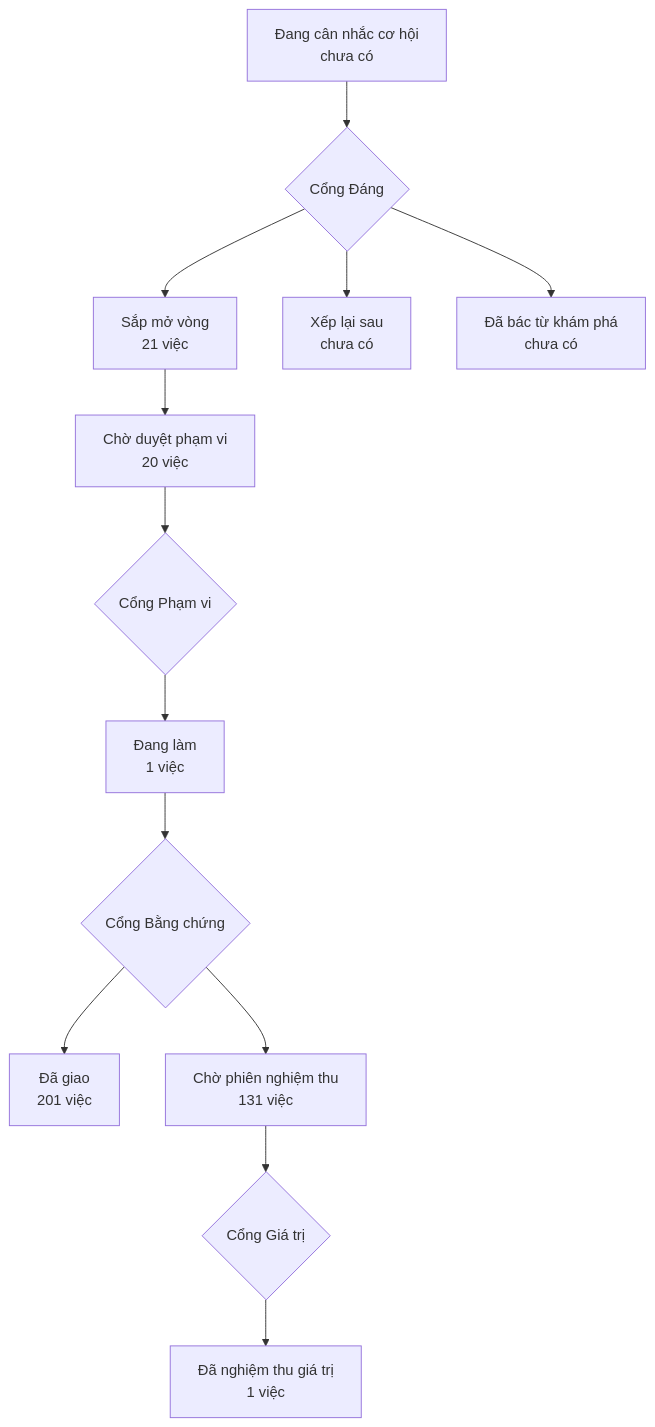
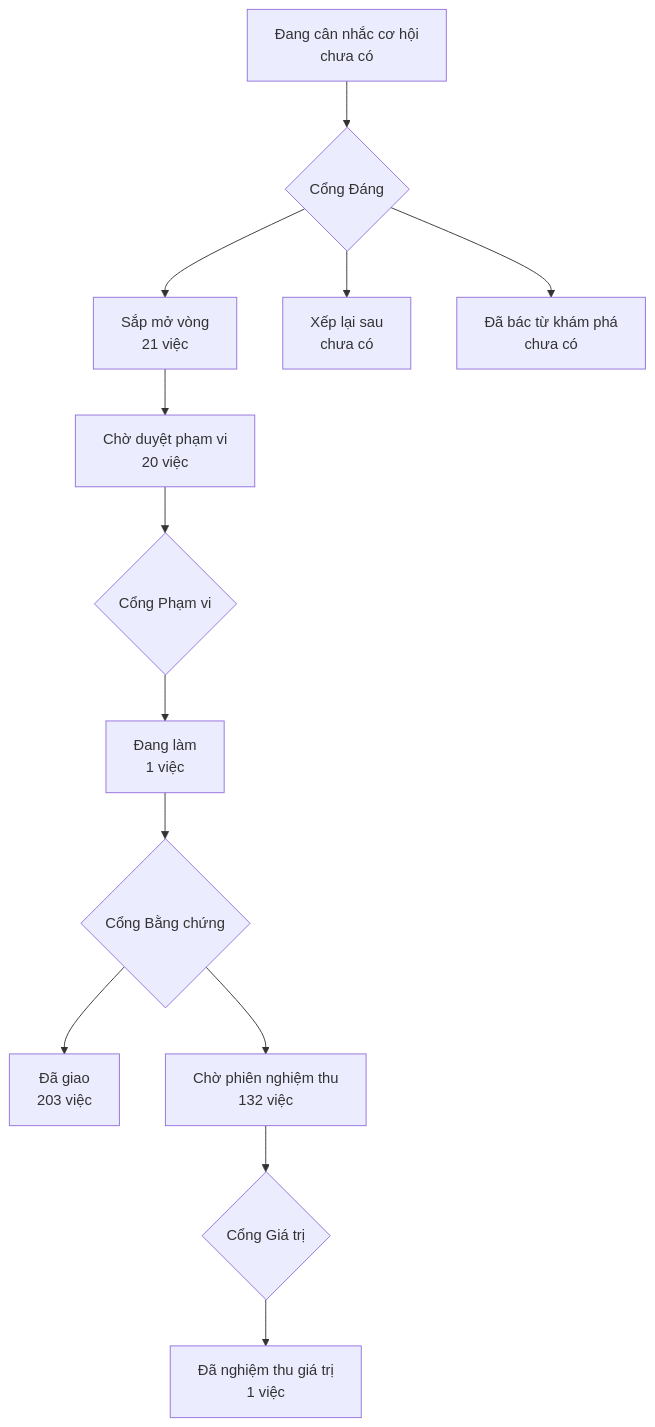
The diagram in PRODUCT-MAP.md (phanlemanh/onehub-invest), drawn with Mermaid before and after one commit. The commit also changed other lines of this file and 6 other files, not shown here.

Commit message:
chore(acceptance): S4 vòng 4 dong-dau-dia-chi-luc-nap PASS — hồ sơ verified, chờ Cổng Bằng chứng

````diff
--- a/PRODUCT-MAP.md
+++ b/PRODUCT-MAP.md
@@ -7,12 +7,12 @@
 ```mermaid
 flowchart TD
   A["Đang cân nhắc cơ hội<br/>chưa có"] --> GD{"Cổng Đáng"}
   GD --> B["Sắp mở vòng<br/>21 việc"]
   GD --> XL["Xếp lại sau<br/>chưa có"]
   GD --> DB["Đã bác từ khám phá<br/>chưa có"]
   B --> CD["Chờ duyệt phạm vi<br/>20 việc"] --> GP{"Cổng Phạm vi"}
   GP --> DL["Đang làm<br/>1 việc"] --> GB{"Cổng Bằng chứng"}
-  GB --> DG["Đã giao<br/>201 việc"]
-  GB --> CN["Chờ phiên nghiệm thu<br/>131 việc"] --> GG{"Cổng Giá trị"}
+  GB --> DG["Đã giao<br/>203 việc"]
+  GB --> CN["Chờ phiên nghiệm thu<br/>132 việc"] --> GG{"Cổng Giá trị"}
   GG --> NT["Đã nghiệm thu giá trị<br/>1 việc"]
 ```
````
